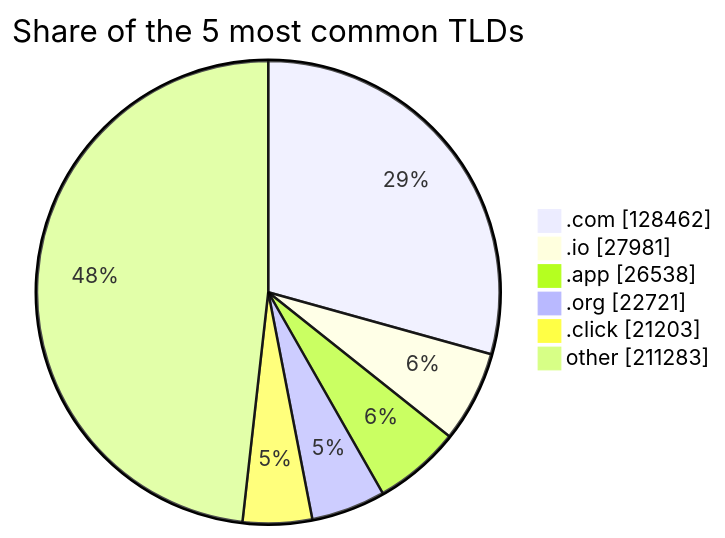
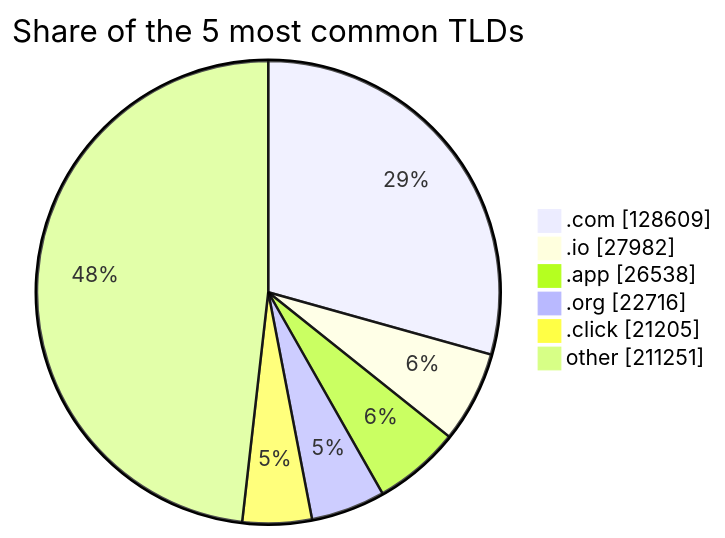
One commit to DNSBunker/CTI changed the third of 3 diagrams in README.md. Above: the diagram before and after it, drawn with Mermaid. The commit also changed other lines of this file and 3 other files, not shown here.

````diff
--- a/README.md
+++ b/README.md
@@ -81,9 +81,9 @@
 ```mermaid
 pie showData title Share of the 5 most common TLDs
-    ".com" : 128462
-    ".io" : 27981
+    ".com" : 128609
+    ".io" : 27982
     ".app" : 26538
-    ".org" : 22721
-    ".click" : 21203
-    "other" : 211283
+    ".org" : 22716
+    ".click" : 21205
+    "other" : 211251
 ```
````
